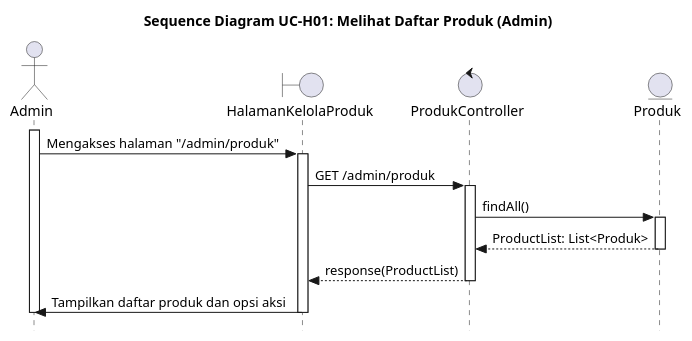
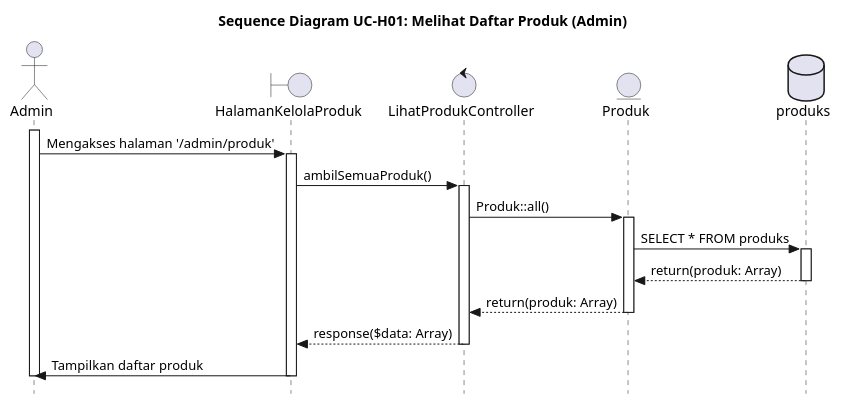
The diagram in UC-H01.PUML (alfiahnurfa/RSI-PROYEK-AKHIR-SEQUENCE), drawn with PlantUML before and after one commit. The commit also changed 15 other files, not shown here.

Commit message:
perbaikan seq diagram

```diff
--- a/UC-H01.PUML
+++ b/UC-H01.PUML
@@ -1,29 +1,38 @@
 @startuml SD-UC-H01_MelihatDaftarProdukAdmin
 title Sequence Diagram UC-H01: Melihat Daftar Produk (Admin)
 skinparam style strictuml
 
 actor Admin
 boundary HalamanKelolaProduk
-control ProdukController
+control LihatProdukController
 entity Produk
+database produks
 
 activate Admin
-Admin -> HalamanKelolaProduk : Mengakses halaman "/admin/produk"
+
+Admin -> HalamanKelolaProduk : Mengakses halaman '/admin/produk'
 activate HalamanKelolaProduk
 
-HalamanKelolaProduk -> ProdukController : GET /admin/produk
-activate ProdukController
+HalamanKelolaProduk -> LihatProdukController : ambilSemuaProduk()
+activate LihatProdukController
 
-ProdukController -> Produk : findAll()
+LihatProdukController -> Produk : Produk::all()
 activate Produk
-Produk --> ProdukController : ProductList: List<Produk>
+
+Produk -> produks : SELECT * FROM produks
+activate produks
+
+produks --> Produk : return(produk: Array)
+deactivate produks
+
+Produk --> LihatProdukController : return(produk: Array)
 deactivate Produk
 
-ProdukController --> HalamanKelolaProduk : response(ProductList)
-deactivate ProdukController
-
-HalamanKelolaProduk -> Admin : Tampilkan daftar produk dan opsi aksi
+LihatProdukController --> HalamanKelolaProduk : response($data: Array)
+deactivate LihatProdukController
+    
+HalamanKelolaProduk -> Admin : Tampilkan daftar produk
 deactivate HalamanKelolaProduk
 deactivate Admin
 
 @enduml
```
